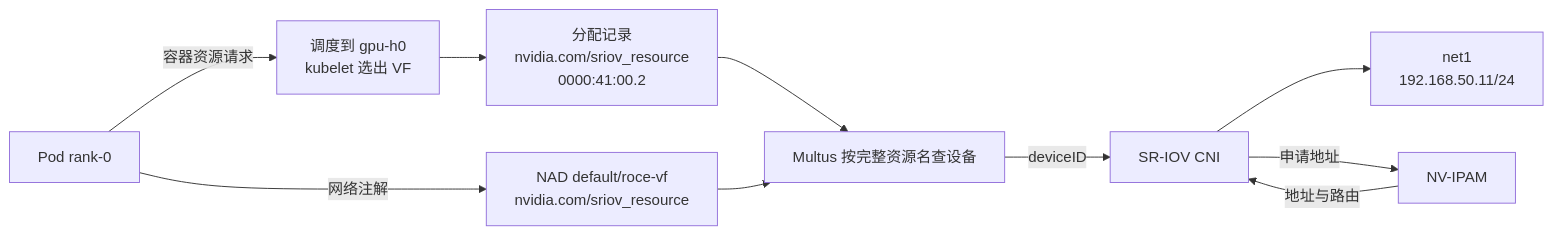
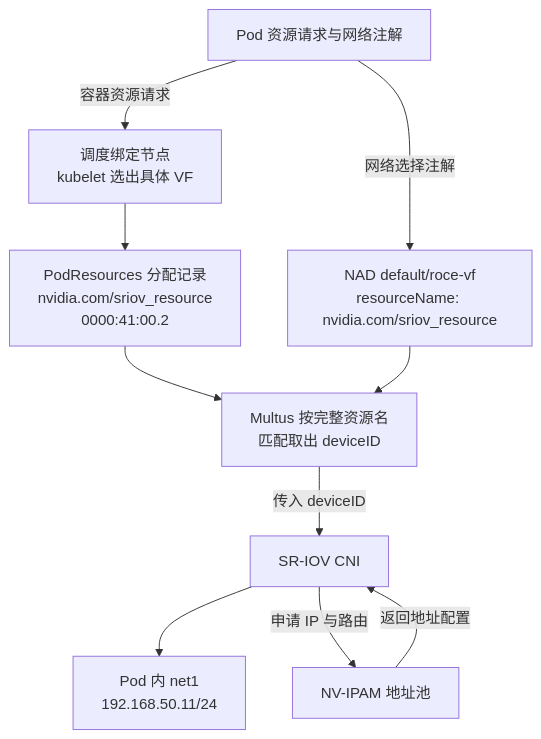
One commit to realtyz/ops-manual changed the diagram in AI-Infra/13_Multus与RDMA_把高速网络交给Pod/03_SR-IOV VF 的创建、分配与接入.md. Above: the diagram before and after it, drawn with Mermaid. The commit also changed other lines of this file and 194 other files, not shown here.

````diff
--- a/AI-Infra/13_Multus与RDMA_把高速网络交给Pod/03_SR-IOV VF 的创建、分配与接入.md
+++ b/AI-Infra/13_Multus与RDMA_把高速网络交给Pod/03_SR-IOV VF 的创建、分配与接入.md
@@ -71,16 +83,17 @@
 ```mermaid
-flowchart LR
-    P["Pod rank-0"]
-    K["调度到 gpu-h0<br/>kubelet 选出 VF"]
-    R["分配记录<br/>nvidia.com/sriov_resource<br/>0000:41:00.2"]
-    N["NAD default/roce-vf<br/>nvidia.com/sriov_resource"]
-    M["Multus 按完整资源名查设备"]
+flowchart
+    accDescr: 单个 SR-IOV VF 从 Pod 资源请求与网络注解出发，经 kubelet 分配具体 BDF、Multus 按完整资源名匹配交接，最终由 SR-IOV CNI 与 NV-IPAM 装配为 Pod 内 net1 接口的流程图。
+    P["Pod 资源请求与网络注解"]
+    K["调度绑定节点<br/>kubelet 选出具体 VF"]
+    R["PodResources 分配记录<br/>nvidia.com/sriov_resource<br/>0000:41:00.2"]
+    N["NAD default/roce-vf<br/>resourceName: nvidia.com/sriov_resource"]
+    M["Multus 按完整资源名<br/>匹配取出 deviceID"]
     C["SR-IOV CNI"]
-    I["NV-IPAM"]
-    E["net1<br/>192.168.50.11/24"]
+    I["NV-IPAM 地址池"]
+    E["Pod 内 net1<br/>192.168.50.11/24"]
     P -->|容器资源请求| K --> R --> M
-    P -->|网络注解| N --> M
-    M -->|deviceID| C --> E
-    C -->|申请地址| I
-    I -->|地址与路由| C
+    P -->|网络选择注解| N --> M
+    M -->|传入 deviceID| C --> E
+    C -->|申请 IP 与路由| I
+    I -->|返回地址配置| C
 ```
````
